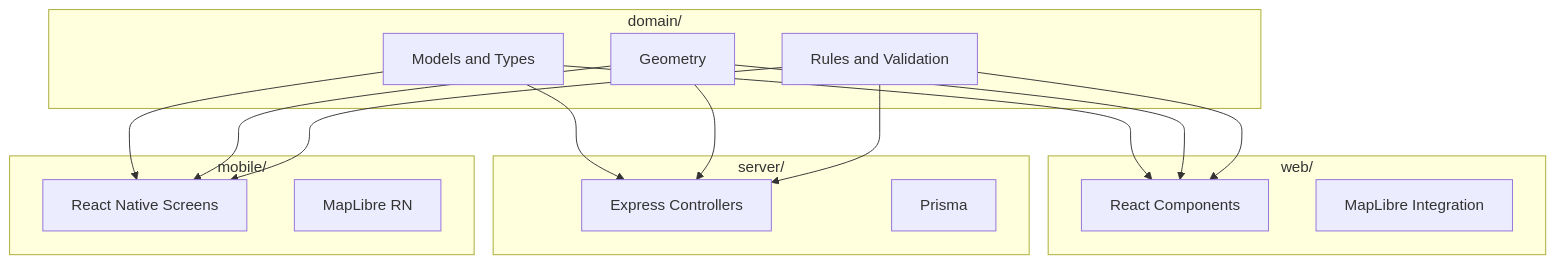
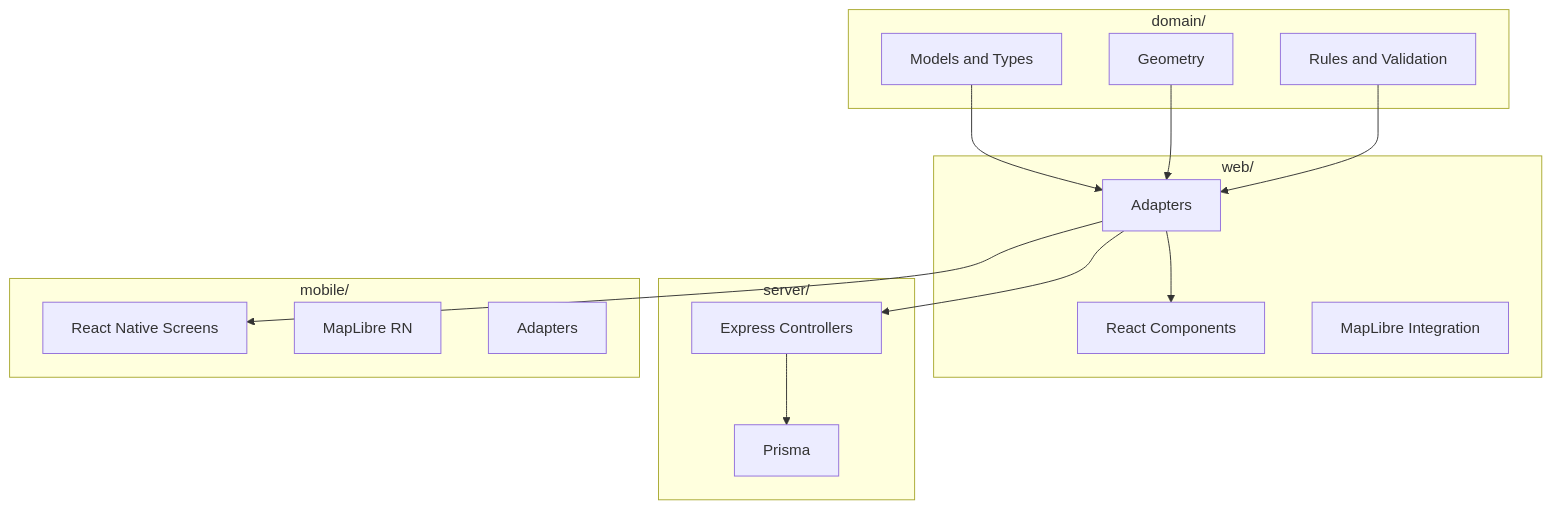
Before and after one commit to miahro/tracker: the second of 2 diagrams in docs/architecture.md, drawn with Mermaid. The commit also changed other lines of this file and 3 other files, not shown here.

````diff
--- a/docs/architecture.md
+++ b/docs/architecture.md
@@ -108,35 +135,35 @@
 ```mermaid
 flowchart TB
     subgraph Domain[domain/]
         Models[Models and Types]
         Geometry[Geometry]
         Rules[Rules and Validation]
     end
 
     subgraph Web[web/]
         WebUI[React Components]
         WebMap[MapLibre Integration]
+        Adapters[Adapters]
     end
 
     subgraph Server[server/]
         API[Express Controllers]
         DBLayer[Prisma]
     end
 
     subgraph Mobile[mobile/]
         MobileUI[React Native Screens]
         MobileMap[MapLibre RN]
+        MAdapters[Adapters]
     end
 
-    Models --> WebUI
-    Geometry --> WebUI
-    Rules --> WebUI
+    Models --> Adapters
+    Geometry --> Adapters
+    Rules --> Adapters
 
-    Models --> API
-    Geometry --> API
-    Rules --> API
+    Adapters --> WebUI
+    Adapters --> API
+    Adapters --> MobileUI
 
-    Models --> MobileUI
-    Geometry --> MobileUI
-    Rules --> MobileUI
+    API --> DBLayer
 ```
````
